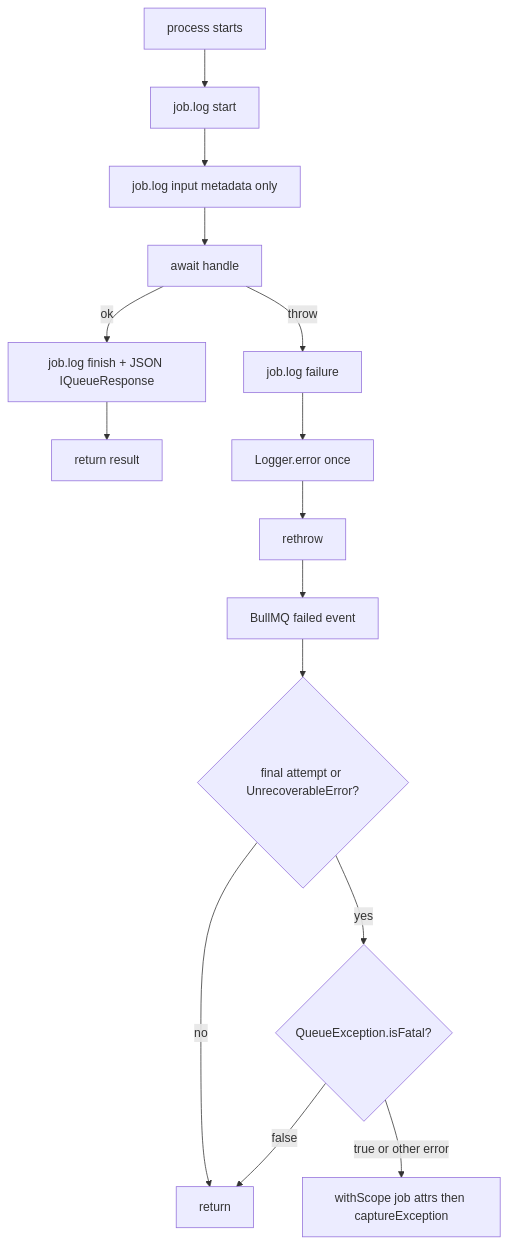
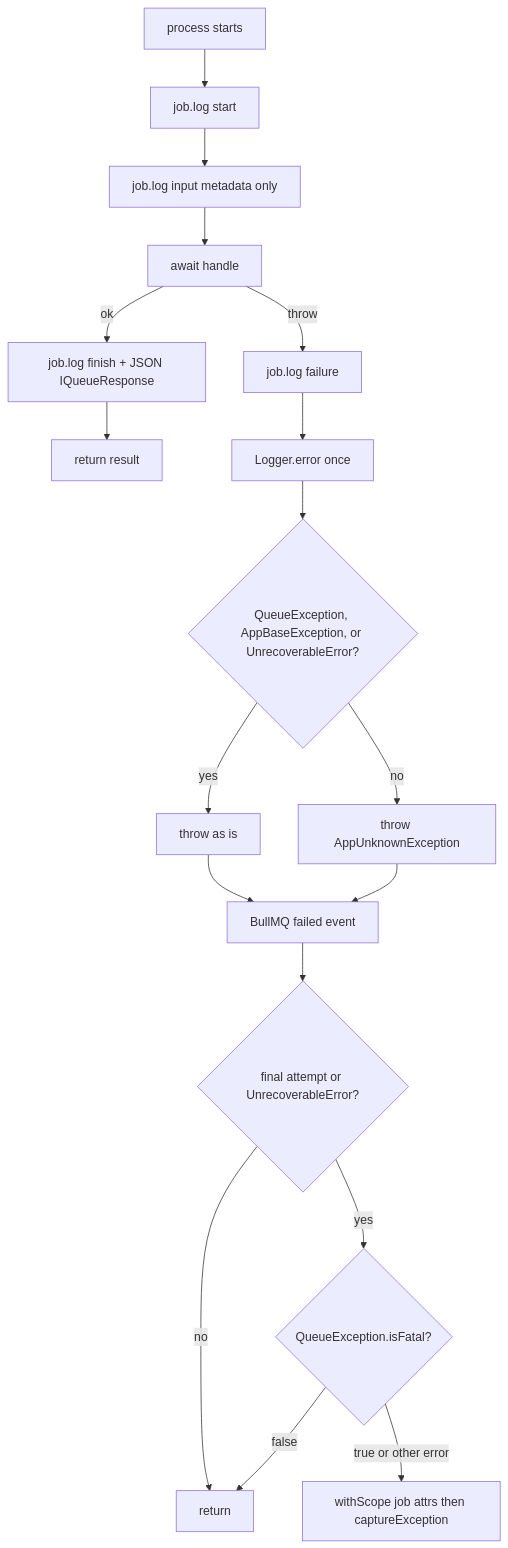
One commit to andrechristikan/ack-nestjs-boilerplate changed the diagram in docs/queue.md. Above: the diagram before and after it, drawn with Mermaid. The commit also changed other lines of this file and 387 other files, not shown here.

Commit message:
refactor: Base pagination search, activity-log naming, FCM token retry, and typed error handling

````diff
--- a/docs/queue.md
+++ b/docs/queue.md
@@ -485,17 +495,20 @@
 ```mermaid
 flowchart TD
     start[process starts] --> logStart[job.log start]
     logStart --> logInput["job.log input metadata only"]
     logInput --> handle[await handle]
     handle -->|ok| logFinish["job.log finish + JSON IQueueResponse"]
     logFinish --> done[return result]
     handle -->|throw| logFail[job.log failure]
     logFail --> nestErr["Logger.error once"]
-    nestErr --> rethrow[rethrow]
+    nestErr --> typed{QueueException, AppBaseException, or UnrecoverableError?}
+    typed -->|yes| rethrow[throw as is]
+    typed -->|no| wrap[throw AppUnknownException]
     rethrow --> failedEvt[BullMQ failed event]
+    wrap --> failedEvt
     failedEvt --> gate{final attempt or UnrecoverableError?}
     gate -->|no| skip[return]
     gate -->|yes| fatal{QueueException.isFatal?}
     fatal -->|false| skip
     fatal -->|true or other error| sentry["withScope job attrs then captureException"]
 ```
````
